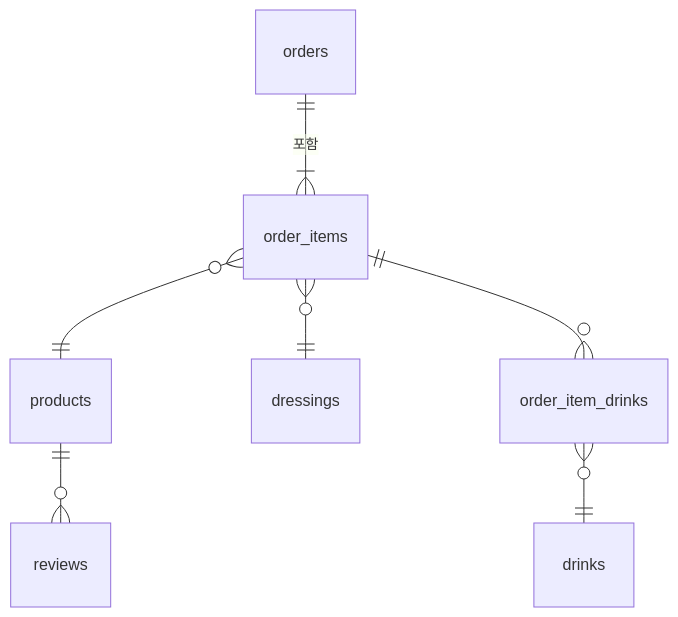
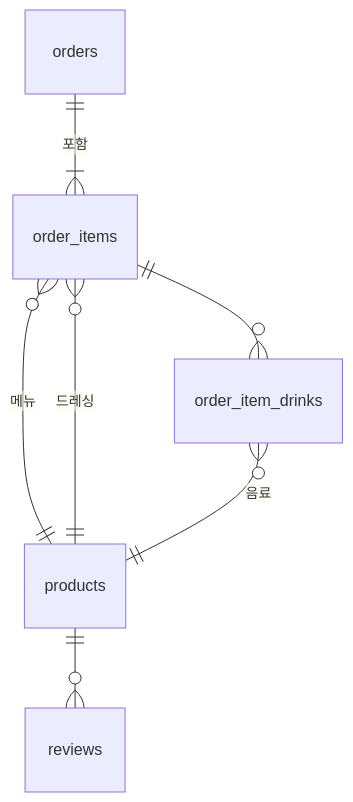
Before and after one commit to KANT-2/Front-5: the second of 2 diagrams in docs/db-design.md, drawn with Mermaid. The commit also changed other lines of this file and 2 other files, not shown here.

First line of the commit message:
refactor: 드레싱·음료를 products 테이블로 통합

````diff
--- a/docs/db-design.md
+++ b/docs/db-design.md
@@ -95,9 +86,9 @@
 ```mermaid
 erDiagram
   orders ||--|{ order_items : "포함"
-  order_items }o--|| products : ""
-  order_items }o--|| dressings : ""
+  order_items }o--|| products : "메뉴"
+  order_items }o--|| products : "드레싱"
   order_items ||--o{ order_item_drinks : ""
-  order_item_drinks }o--|| drinks : ""
+  order_item_drinks }o--|| products : "음료"
   products ||--o{ reviews : ""
 ```
````
